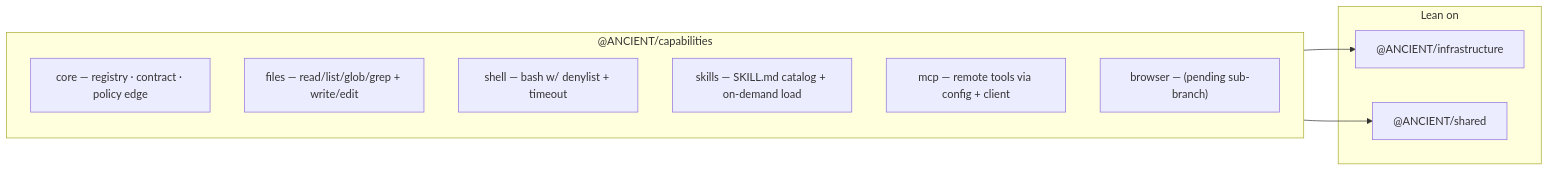
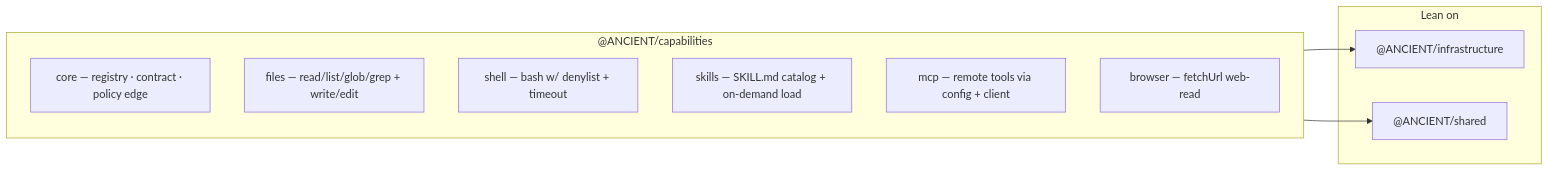
Before and after one commit to D-engahmed/ancient: the diagram in docs/architecture/CAPABILITIES.md, drawn with Mermaid. The commit also changed other lines of this file and 1 other file, not shown here.

First line of the commit message:
docs(capabilities): finalize layer 06 (browser done, all six subs wired)

````diff
--- a/docs/architecture/CAPABILITIES.md
+++ b/docs/architecture/CAPABILITIES.md
@@ -11,17 +11,17 @@
 ```mermaid
 flowchart LR
     subgraph CAP["@ANCIENT/capabilities"]
         CORE["core — registry · contract · policy edge"]
         F["files — read/list/glob/grep + write/edit"]
         S["shell — bash w/ denylist + timeout"]
         SK["skills — SKILL.md catalog + on-demand load"]
         M["mcp — remote tools via config + client"]
-        B["browser — (pending sub-branch)"]
+        B["browser — fetchUrl web-read"]
     end
     subgraph LOWER["Lean on"]
         INFRA["@ANCIENT/infrastructure"]
         SHARED["@ANCIENT/shared"]
     end
     CAP --> INFRA
     CAP --> SHARED
 ```
````
